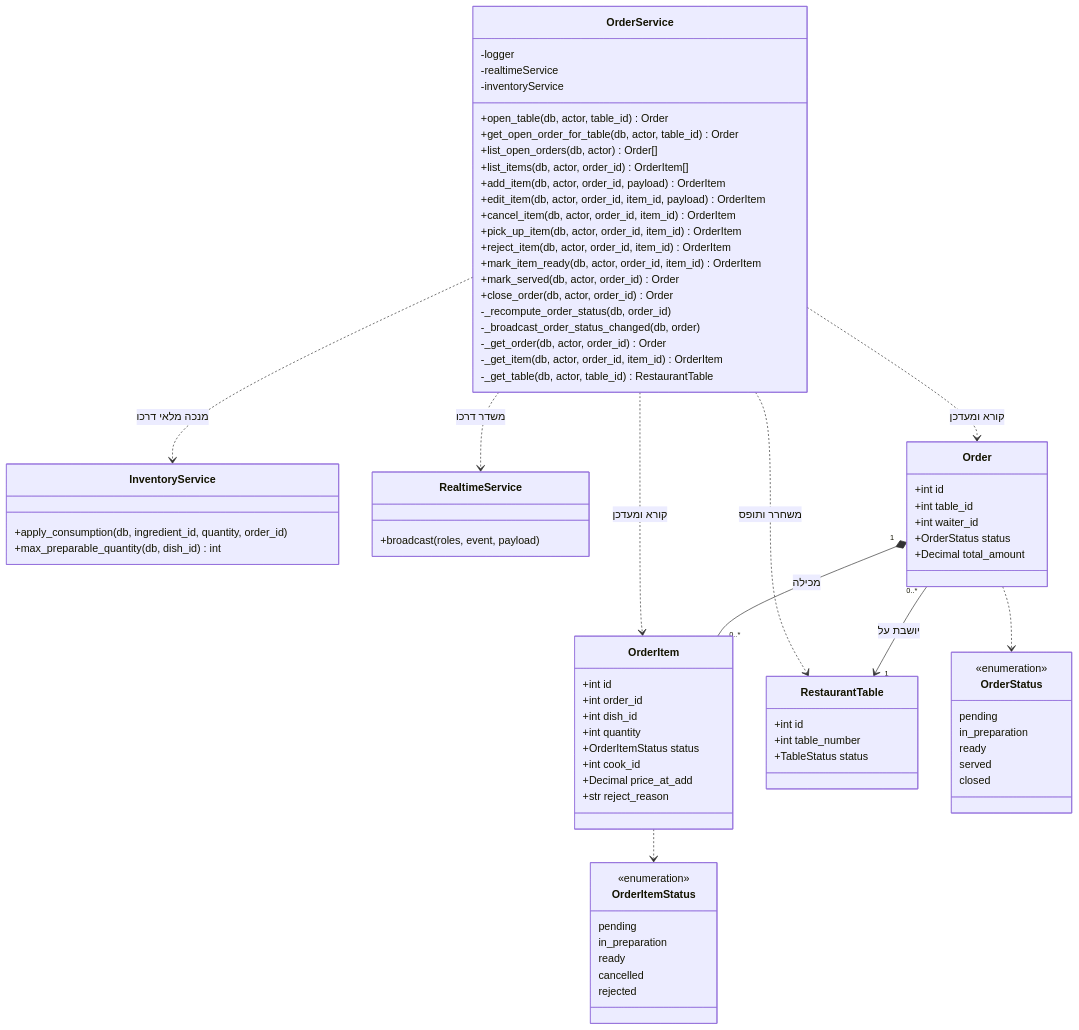
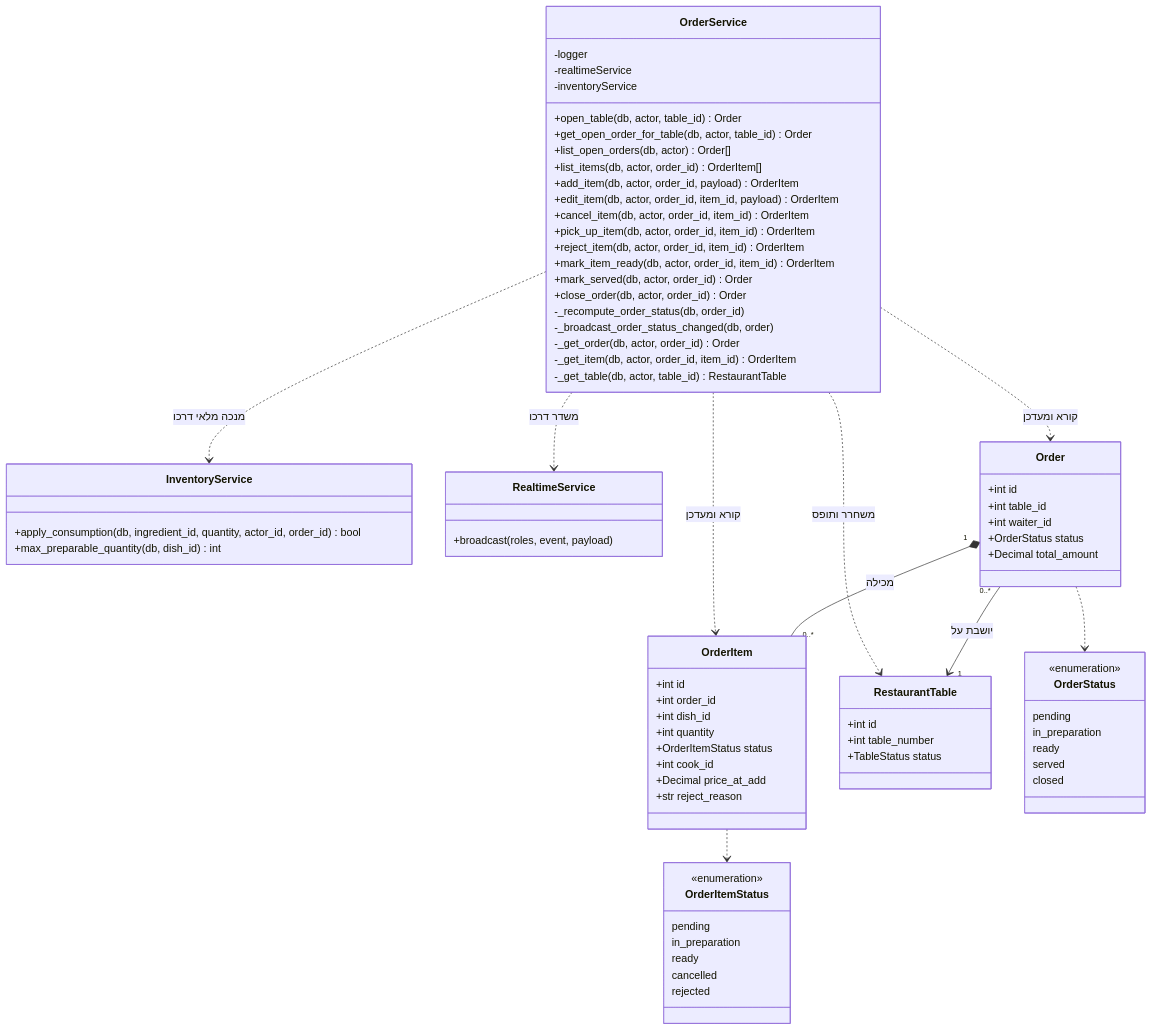
The diagram in מסמכים/הגשה/diagrams/class-orders.md (RonZaretsky/Restaurant-Kitchen-Management-System), drawn with Mermaid before and after one commit. The commit also changed 12 other files, not shown here.

```diff
--- a/מסמכים/הגשה/diagrams/class-orders.md
+++ b/מסמכים/הגשה/diagrams/class-orders.md
@@ -28,7 +28,7 @@
     }
 
     class InventoryService {
-        +apply_consumption(db, ingredient_id, quantity, order_id)
+        +apply_consumption(db, ingredient_id, quantity, actor_id, order_id) bool
         +max_preparable_quantity(db, dish_id) int
     }
 
```
